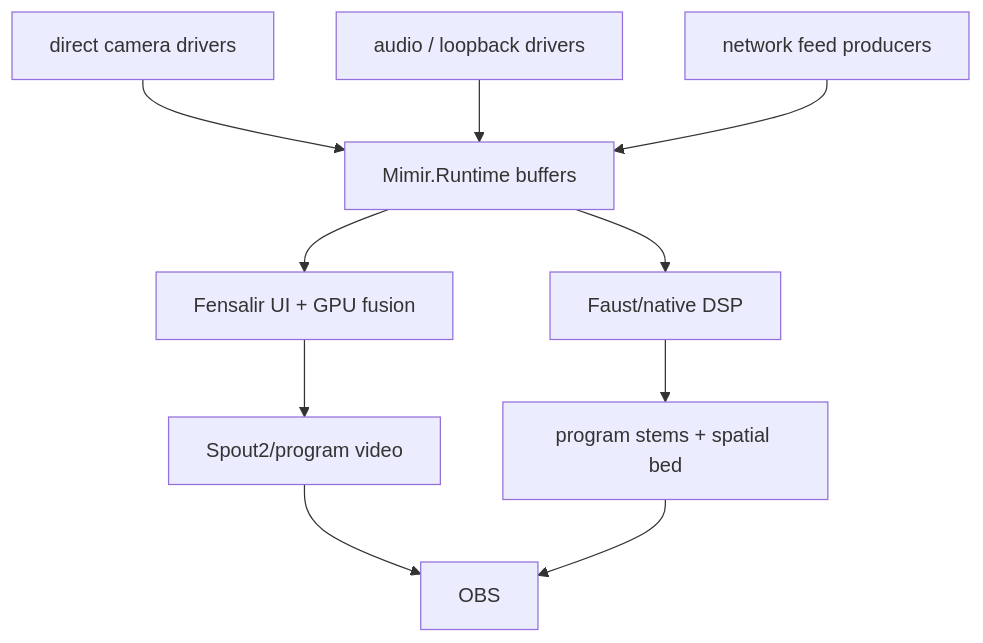
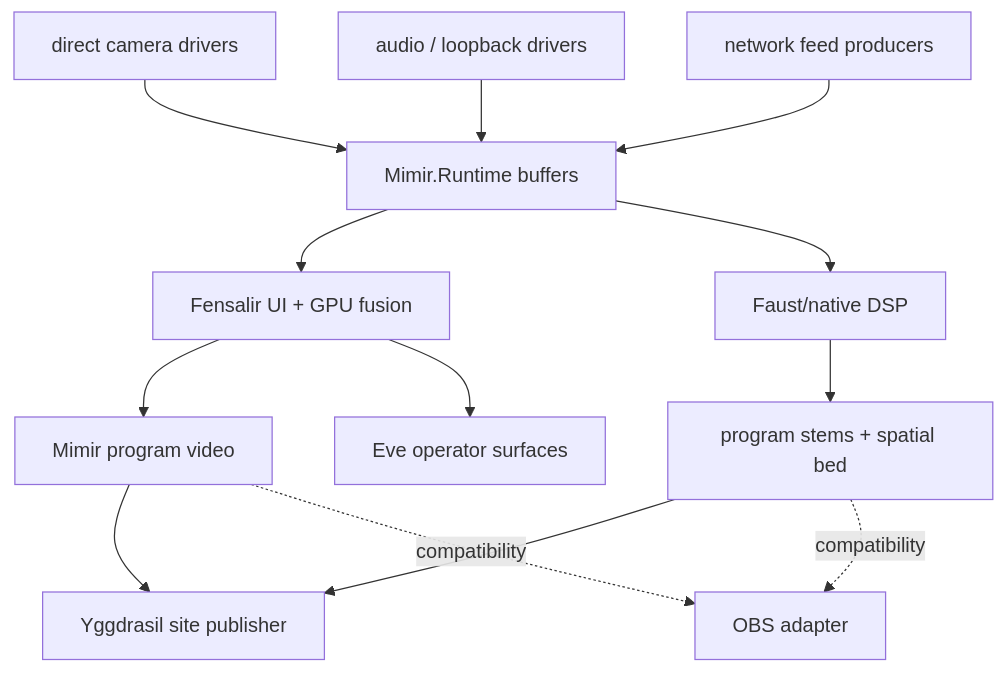
Before and after one commit to GameCult/Mimir: the diagram in docs/native-rebuild-plan.md, drawn with Mermaid. The commit also changed other lines of this file and 22 other files, not shown here.

Commit message:
Move program composition authority into Mimir

````diff
--- a/docs/native-rebuild-plan.md
+++ b/docs/native-rebuild-plan.md
@@ -22,12 +29,15 @@
 ```mermaid
 flowchart TD
     C["direct camera drivers"] --> R["Mimir.Runtime buffers"]
     A["audio / loopback drivers"] --> R
     N["network feed producers"] --> R
     R --> Q["Fensalir UI + GPU fusion"]
     R --> F["Faust/native DSP"]
-    Q --> S["Spout2/program video"]
+    Q --> S["Mimir program video"]
     F --> P["program stems + spatial bed"]
-    S --> O["OBS"]
-    P --> O
+    Q --> E["Eve operator surfaces"]
+    S --> Y["Yggdrasil site publisher"]
+    P --> Y
+    S -. "compatibility" .-> O["OBS adapter"]
+    P -. "compatibility" .-> O
 ```
````
